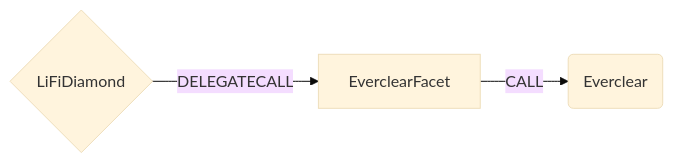
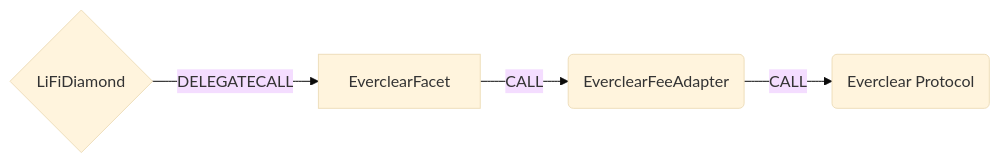
Before and after one commit to lifinance/contracts: the diagram in docs/EverclearFacet.md, drawn with Mermaid (base theme). The commit also changed other lines of this file and 3 other files, not shown here.

````diff
--- a/docs/EverclearFacet.md
+++ b/docs/EverclearFacet.md
@@ -7,5 +10,6 @@
 ```mermaid
 graph LR;
     D{LiFiDiamond}-- DELEGATECALL -->EverclearFacet;
-    EverclearFacet -- CALL --> C(Everclear)
+    EverclearFacet -- CALL --> FeeAdapter(EverclearFeeAdapter);
+    FeeAdapter -- CALL --> E(Everclear Protocol)
 ```
````
